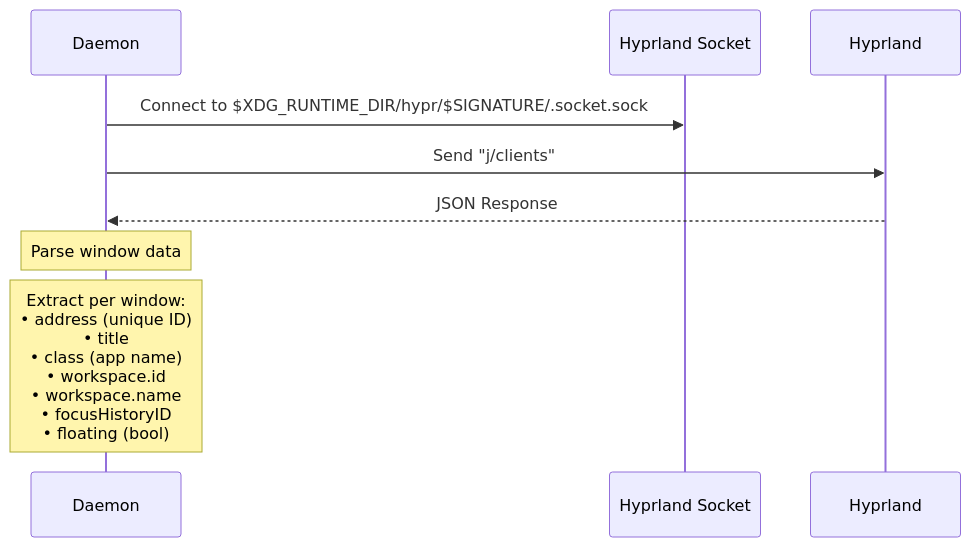
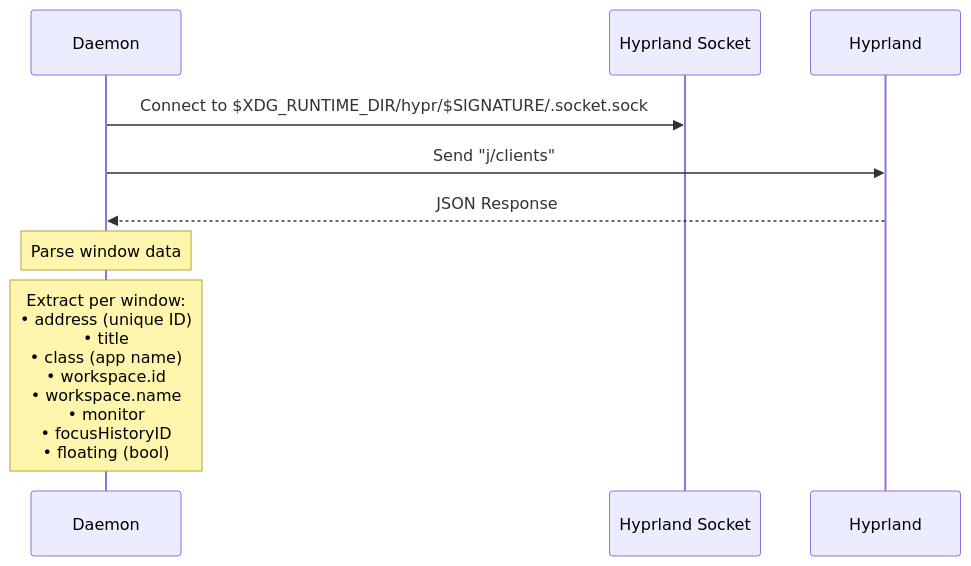
One commit to OpalAayan/snappy-switcher changed the second of 10 diagrams in docs/ARCHITECTURE.md. Above: the diagram before and after it, drawn with Mermaid. The commit also changed other lines of this file and 6 other files, not shown here.

Commit message:
Add configurable workspace and monitor filters

````diff
--- a/docs/ARCHITECTURE.md
+++ b/docs/ARCHITECTURE.md
@@ -58,15 +58,15 @@
 ```mermaid
 sequenceDiagram
     participant D as Daemon
     participant S as Hyprland Socket
     participant H as Hyprland
 
     D->>S: Connect to $XDG_RUNTIME_DIR/hypr/$SIGNATURE/.socket.sock
     D->>H: Send "j/clients"
     H-->>D: JSON Response
     
     Note over D: Parse window data
 
-        Note over D: Extract per window:<br/>• address (unique ID)<br/>• title<br/>• class (app name)<br/>• workspace.id<br/>• workspace.name<br/>• focusHistoryID<br/>• floating (bool)
+        Note over D: Extract per window:<br/>• address (unique ID)<br/>• title<br/>• class (app name)<br/>• workspace.id<br/>• workspace.name<br/>• monitor<br/>• focusHistoryID<br/>• floating (bool)
     
 ```
````
